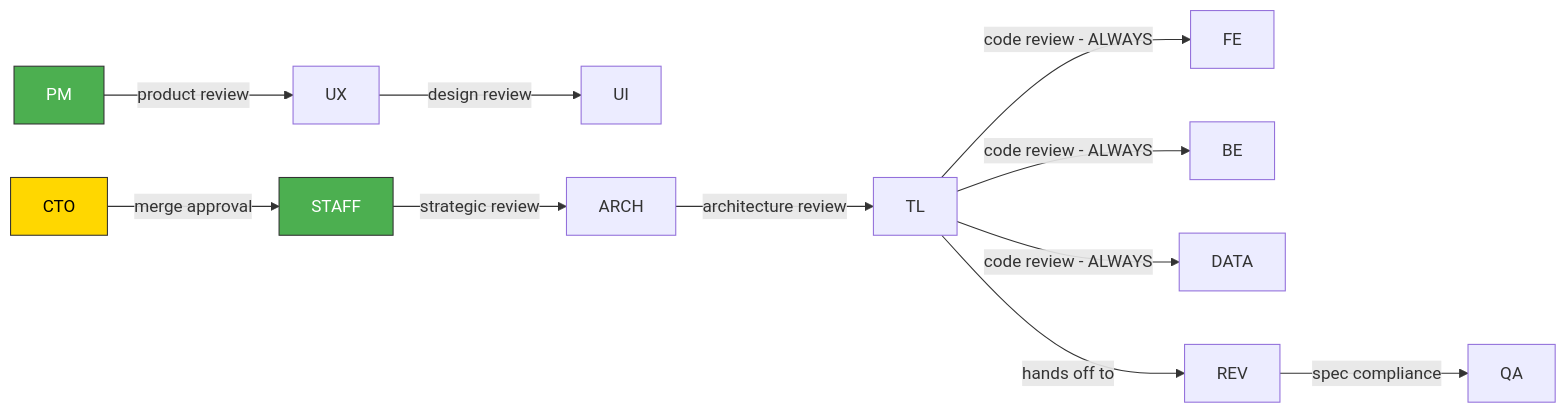
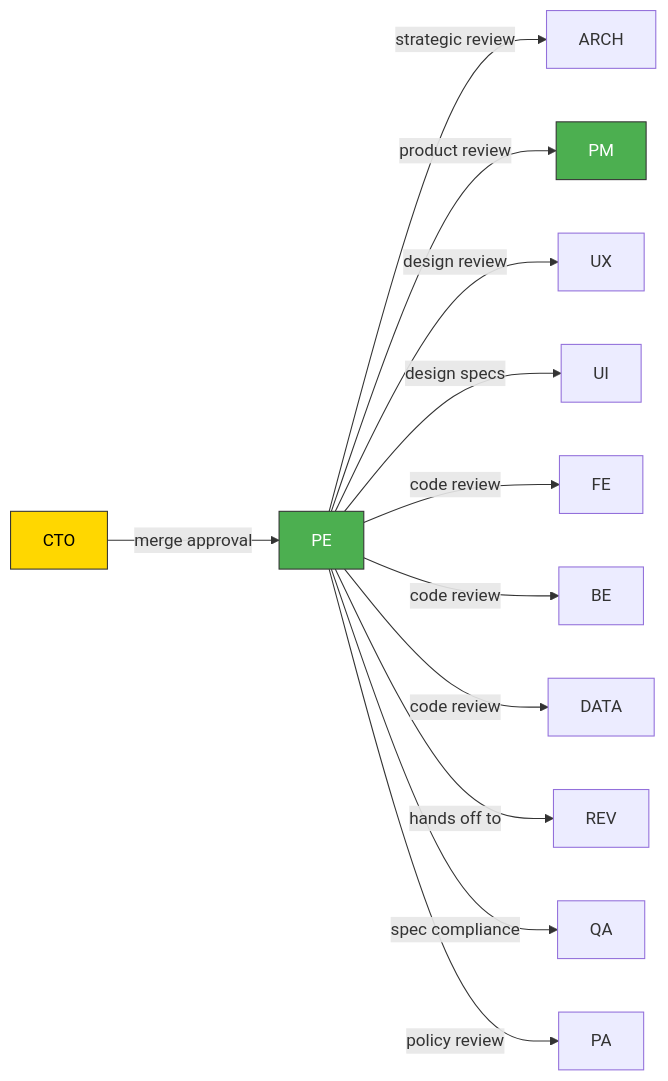
The second of 3 diagrams in .mill/docs/ORG-CHART.md (antonygiomarxdev/mill), drawn with Mermaid before and after one commit. The commit also changed other lines of this file, not shown here.

````diff
--- a/.mill/docs/ORG-CHART.md
+++ b/.mill/docs/ORG-CHART.md
@@ -70,22 +52,20 @@
 ```mermaid
 graph LR
-    CTO -->|merge approval| STAFF
-    
-    PM -->|product review| UX
-    UX -->|design review| UI
-    
-    STAFF -->|strategic review| ARCH
-    ARCH -->|architecture review| TL
-    
-    TL -->|code review - ALWAYS| FE
-    TL -->|code review - ALWAYS| BE
-    TL -->|code review - ALWAYS| DATA
-    
-    TL -->|hands off to| REV
-    REV -->|spec compliance| QA
-    
+    CTO -->|merge approval| PE
+
+    PE -->|strategic review| ARCH
+    PE -->|product review| PM
+    PE -->|design review| UX
+    PE -->|design specs| UI
+    PE -->|code review| FE
+    PE -->|code review| BE
+    PE -->|code review| DATA
+    PE -->|hands off to| REV
+    PE -->|spec compliance| QA
+    PE -->|policy review| PA
+
     classDef human fill:#FFD700,stroke:#333,color:#000
     classDef active fill:#4CAF50,stroke:#333,color:#fff
     class CTO human
-    class STAFF,PM active
+    class PE,PM active
 ```
````
